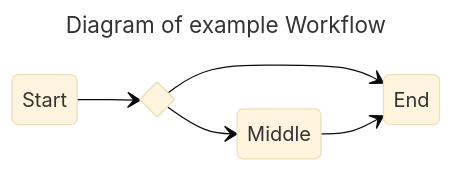
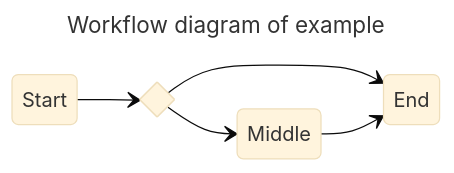
The diagram in testdata/graph-visualisation.md (luno/workflow), drawn with Mermaid (base theme) before and after one commit. The commit also changed 1 other file, not shown here.

Commit message:
visualiser: Create custom branching name to avoid collision

````diff
--- a/testdata/graph-visualisation.md
+++ b/testdata/graph-visualisation.md
@@ -1,18 +1,18 @@
 ```mermaid
 ---
-title: Diagram of example Workflow
+title: Workflow diagram of example
 ---
 stateDiagram-v2
 	direction LR
 	
 	9: Start
 	10: Middle
 	11: End
 	
-    state if_state <<choice>>
-    9 --> if_state
-    if_state --> 10
-    if_state --> 11 
+    state 9_branching <<choice>>
+    9 --> 9_branching
+    9_branching --> 10
+    9_branching --> 11 
 	
 	10-->11
 ```
````
